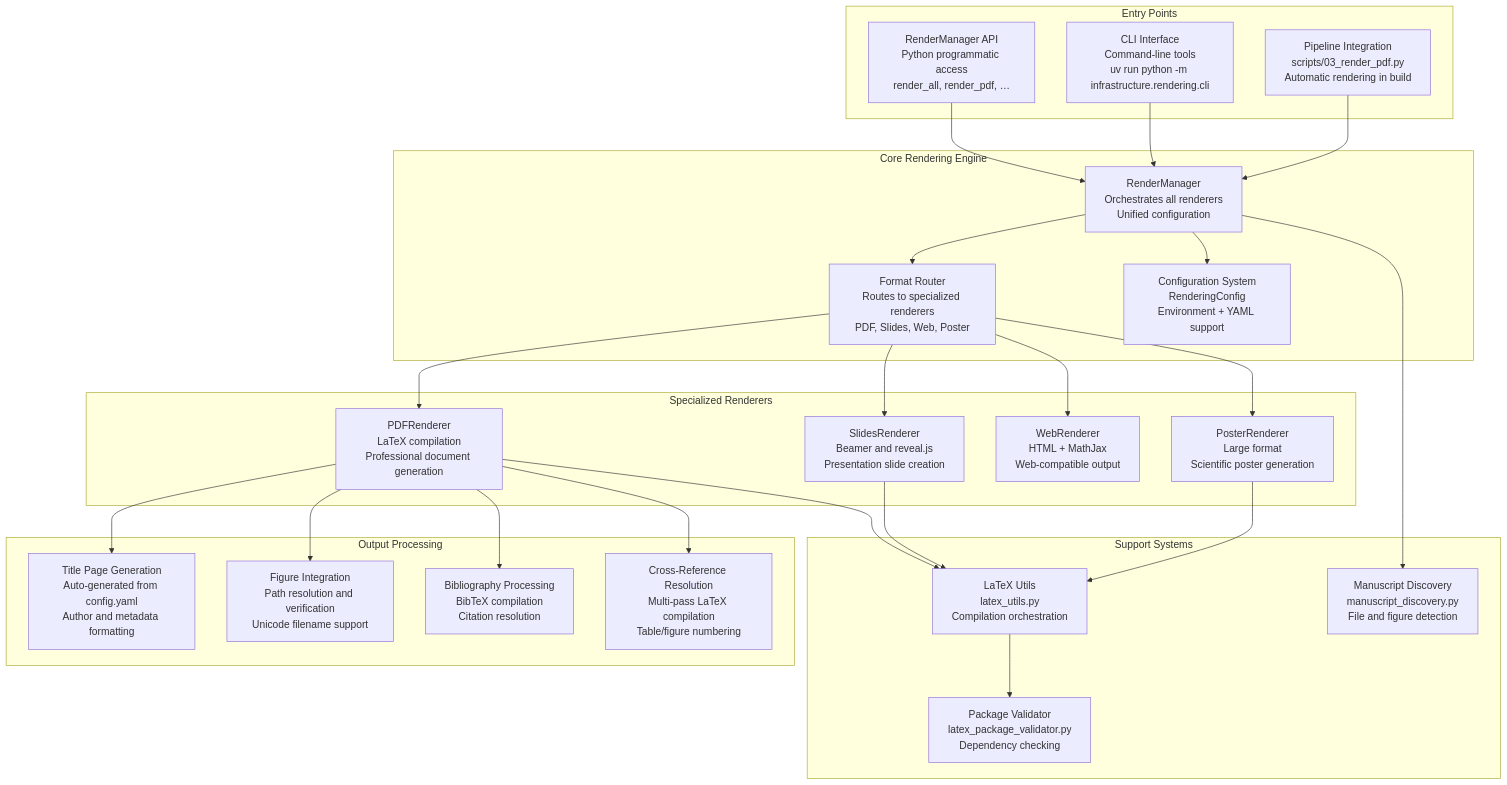
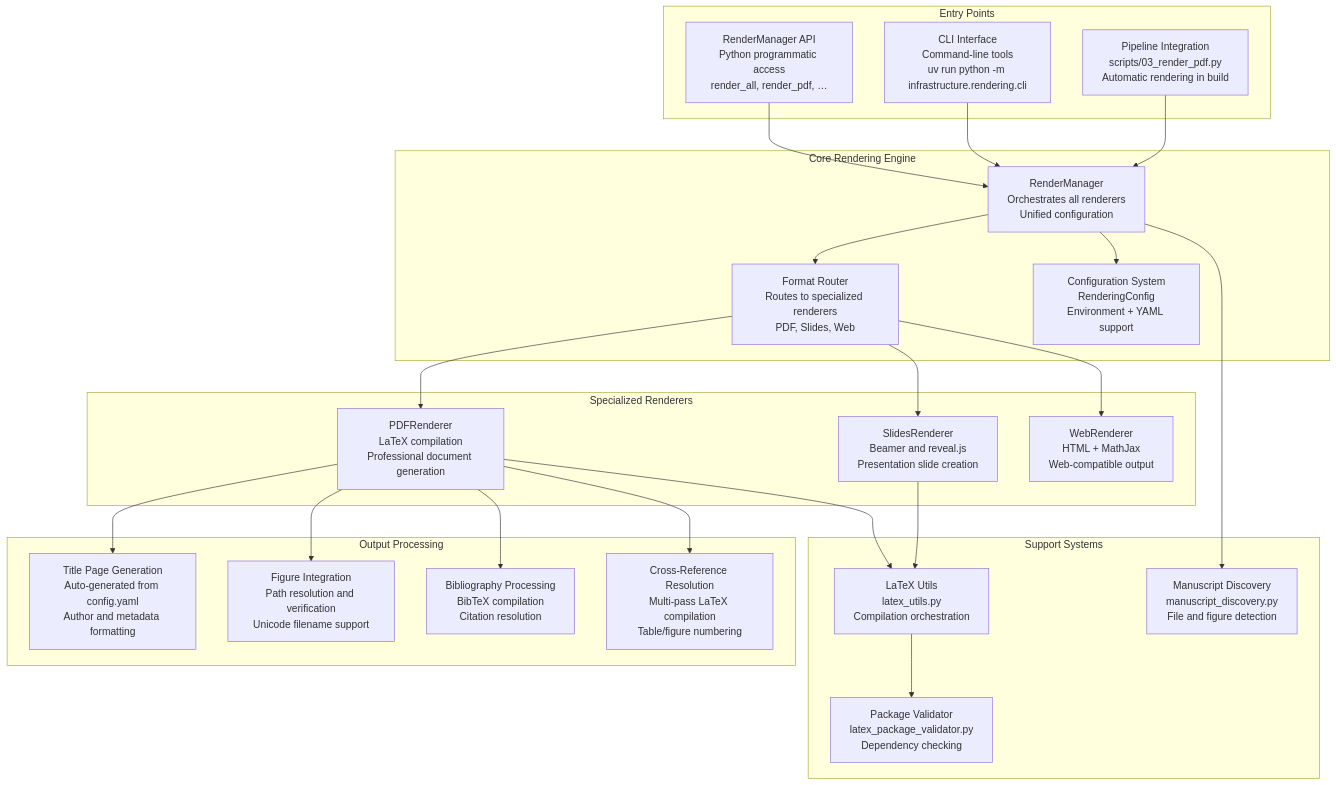
The second of 3 diagrams in infrastructure/rendering/README.md (docxology/template), drawn with Mermaid before and after one commit. The commit also changed other lines of this file and 8 other files, not shown here.

````diff
--- a/infrastructure/rendering/README.md
+++ b/infrastructure/rendering/README.md
@@ -240,64 +237,61 @@
 ```mermaid
 graph TD
     subgraph EntryPoints["Entry Points"]
         MANAGER_API["RenderManager API<br/>Python programmatic access<br/>render_all, render_pdf, …"]
         CLI_INTERFACE[CLI Interface<br/>Command-line tools<br/>uv run python -m infrastructure.rendering.cli]
         PIPELINE_INTEGRATION[Pipeline Integration<br/>scripts/03_render_pdf.py<br/>Automatic rendering in build]
     end
 
     subgraph CoreEngine["Core Rendering Engine"]
         RENDER_MANAGER[RenderManager<br/>Orchestrates all renderers<br/>Unified configuration]
-        FORMAT_ROUTER[Format Router<br/>Routes to specialized renderers<br/>PDF, Slides, Web, Poster]
+        FORMAT_ROUTER[Format Router<br/>Routes to specialized renderers<br/>PDF, Slides, Web]
         CONFIG_SYSTEM[Configuration System<br/>RenderingConfig<br/>Environment + YAML support]
     end
 
     subgraph SpecializedRenderers["Specialized Renderers"]
         PDF_RENDERER[PDFRenderer<br/>LaTeX compilation<br/>Professional document generation]
         SLIDES_RENDERER["SlidesRenderer<br/>Beamer and reveal.js<br/>Presentation slide creation"]
         WEB_RENDERER[WebRenderer<br/>HTML + MathJax<br/>Web-compatible output]
-        POSTER_RENDERER[PosterRenderer<br/>Large format<br/>Scientific poster generation]
     end
 
     subgraph SupportSystems["Support Systems"]
         LATEX_UTILS[LaTeX Utils<br/>latex_utils.py<br/>Compilation orchestration]
         PACKAGE_VALIDATOR[Package Validator<br/>latex_package_validator.py<br/>Dependency checking]
         MANUSCRIPT_DISCOVERY[Manuscript Discovery<br/>manuscript_discovery.py<br/>File and figure detection]
     end
 
     subgraph OutputProcessing["Output Processing"]
         TITLE_PAGE_GEN[Title Page Generation<br/>Auto-generated from config.yaml<br/>Author and metadata formatting]
         FIGURE_INTEGRATION[Figure Integration<br/>Path resolution and verification<br/>Unicode filename support]
         BIBLIOGRAPHY_PROCESSING[Bibliography Processing<br/>BibTeX compilation<br/>Citation resolution]
         CROSS_REF_RESOLUTION[Cross-Reference Resolution<br/>Multi-pass LaTeX compilation<br/>Table/figure numbering]
     end
 
     MANAGER_API --> RENDER_MANAGER
     CLI_INTERFACE --> RENDER_MANAGER
     PIPELINE_INTEGRATION --> RENDER_MANAGER
 
     RENDER_MANAGER --> FORMAT_ROUTER
     FORMAT_ROUTER --> PDF_RENDERER
     FORMAT_ROUTER --> SLIDES_RENDERER
     FORMAT_ROUTER --> WEB_RENDERER
-    FORMAT_ROUTER --> POSTER_RENDERER
 
     RENDER_MANAGER --> CONFIG_SYSTEM
 
     PDF_RENDERER --> LATEX_UTILS
     SLIDES_RENDERER --> LATEX_UTILS
-    POSTER_RENDERER --> LATEX_UTILS
 
     LATEX_UTILS --> PACKAGE_VALIDATOR
     RENDER_MANAGER --> MANUSCRIPT_DISCOVERY
 
     PDF_RENDERER --> TITLE_PAGE_GEN
     PDF_RENDERER --> FIGURE_INTEGRATION
     PDF_RENDERER --> BIBLIOGRAPHY_PROCESSING
     PDF_RENDERER --> CROSS_REF_RESOLUTION
 
     class EntryPoints entry
     class CoreEngine core
     class SpecializedRenderers renderers
     class SupportSystems support
     class OutputProcessing processing
 ```
````
